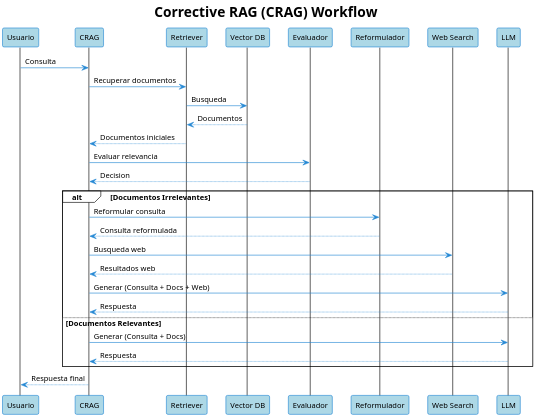
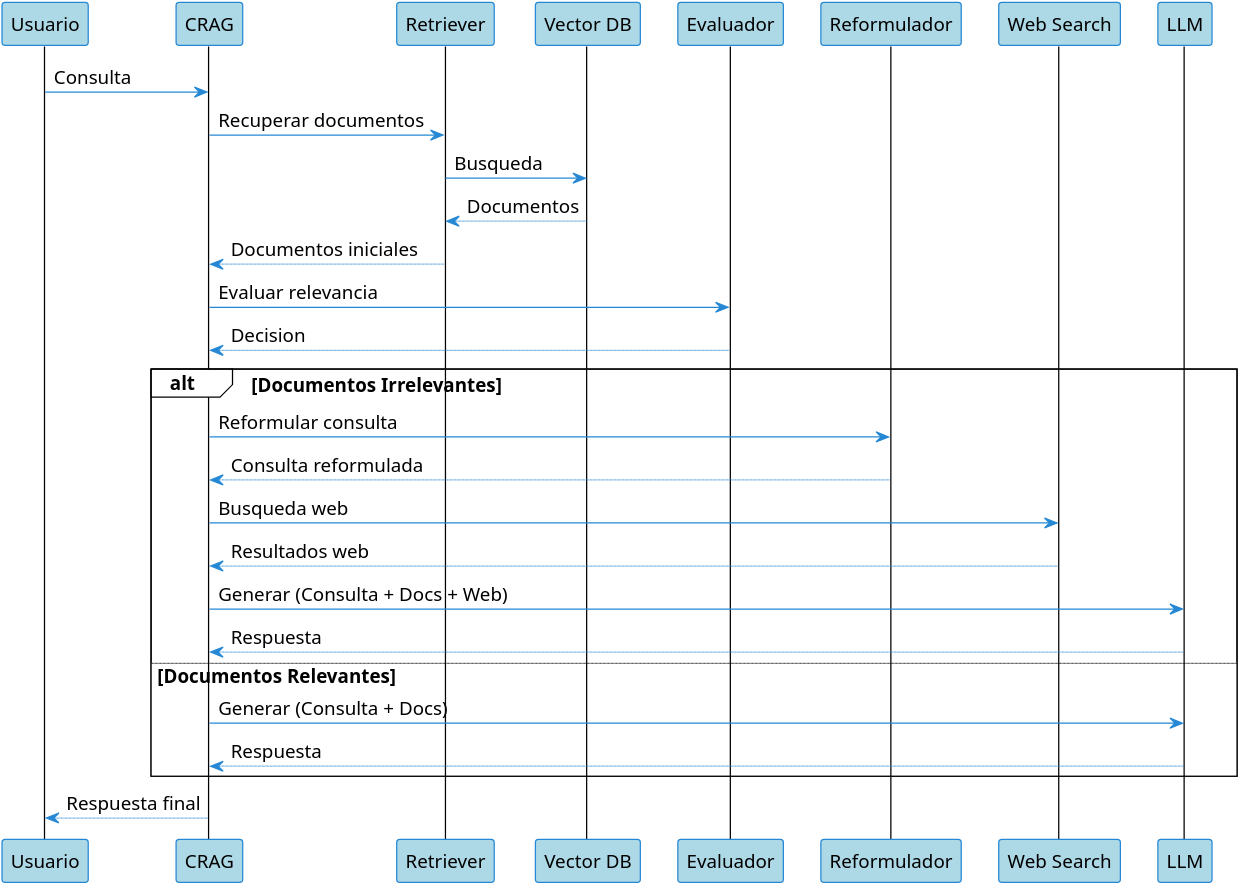
One commit to carloss4dv/langagent changed the diagram in diagrams/crag.puml. Above: the diagram before and after it, drawn with PlantUML. The commit also changed 68 other files, not shown here.

```diff
--- a/diagrams/crag.puml
+++ b/diagrams/crag.puml
@@ -1,57 +1,57 @@
 @startuml "Workflow de Corrective RAG (CRAG)"
 ' Mejora la legibilidad y la calidad de la imagen para documentos.
 !theme plain
 skinparam {
-    dpi 300
+    dpi 600
     shadowing false
     backgroundColor transparent
     defaultFontName "Arial"
-    defaultFontSize 12
+    defaultFontSize 15
 
     sequence {
         participantBorderColor #2688d4
         participantBackgroundColor #add8e6
         actorBorderColor #2688d4
         actorBackgroundColor #ffdead
     }
 
     arrow {
         color #2688d4
     }
 }
 
-title Corrective RAG (CRAG) Workflow
+
 
 participant "Usuario" as User
 participant "CRAG" as System
 participant "Retriever" as Ret
 participant "Vector DB" as DB
 participant "Evaluador" as Eval
 participant "Reformulador" as Reform
 participant "Web Search" as Web
 participant "LLM" as Gen
 
 User -> System: Consulta
 System -> Ret: Recuperar documentos
 Ret -> DB: Busqueda
 DB --> Ret: Documentos
 Ret --> System: Documentos iniciales
 
 System -> Eval: Evaluar relevancia
 Eval --> System: Decision
 
 alt Documentos Irrelevantes
     System -> Reform: Reformular consulta
     Reform --> System: Consulta reformulada
     System -> Web: Busqueda web
     Web --> System: Resultados web
     System -> Gen: Generar (Consulta + Docs + Web)
     Gen --> System: Respuesta
 else Documentos Relevantes
     System -> Gen: Generar (Consulta + Docs)
     Gen --> System: Respuesta
 end
 
 System --> User: Respuesta final
 
 @enduml
```
